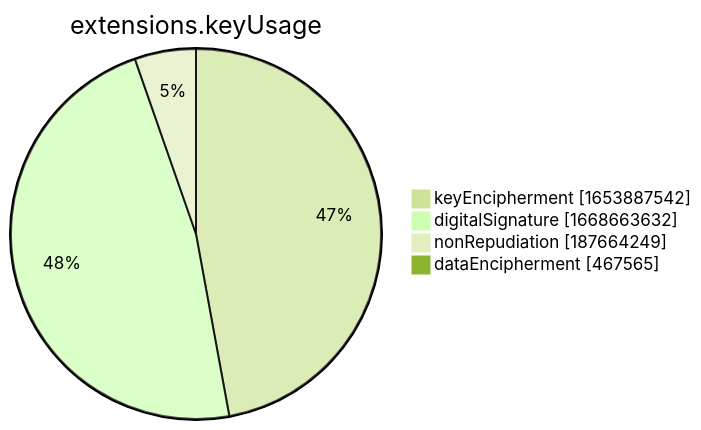
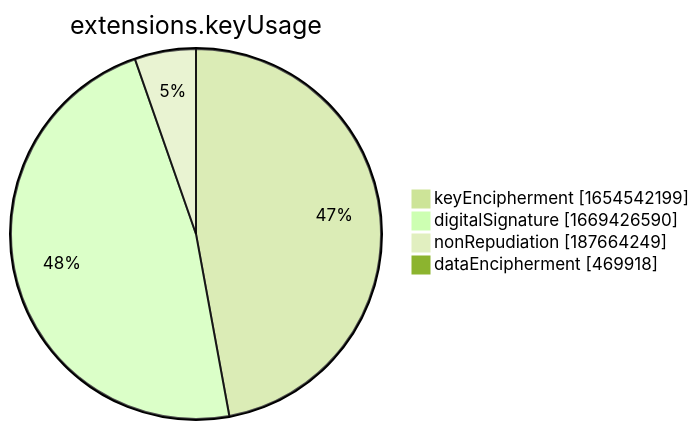
Before and after one commit to christiankrug/ctmonitor_visualization: the seventh of 15 diagrams in xenon2022/README.md, drawn with Mermaid (forest theme). The commit also changed other lines of this file, not shown here.

````diff
--- a/xenon2022/README.md
+++ b/xenon2022/README.md
@@ -2857,8 +2857,8 @@
 ```mermaid
 pie showData
 title extensions.keyUsage
-"keyEncipherment" :1653887542
-"digitalSignature" :1668663632
+"keyEncipherment" :1654542199
+"digitalSignature" :1669426590
 "nonRepudiation" :187664249
-"dataEncipherment" :467565
+"dataEncipherment" :469918
 ```
````
